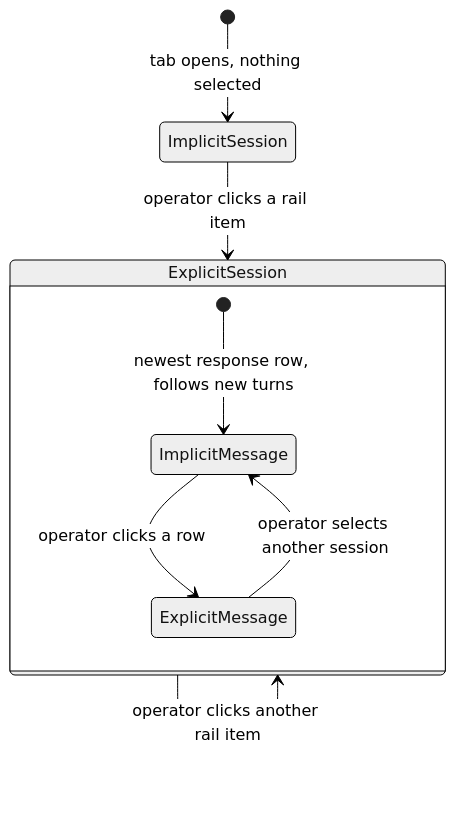
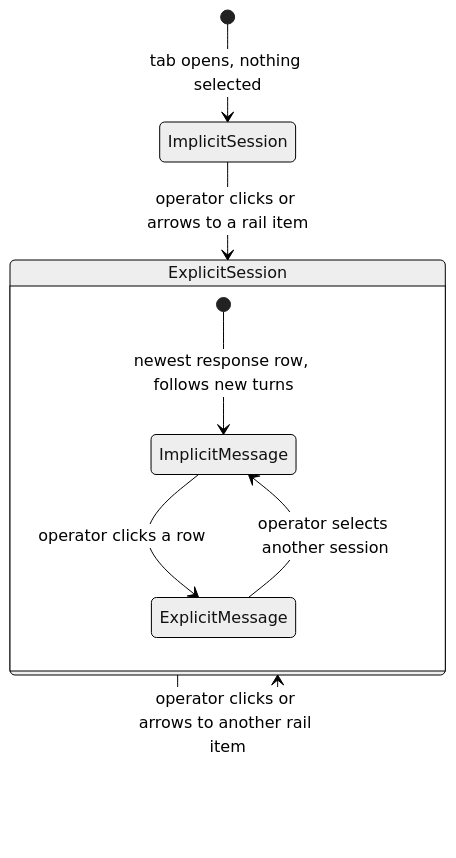
Before and after one commit to davidpizon/TotallyHot-ArcRouter: the fifth of 5 diagrams in docs/plans/issue-176-sessions-three-pane.md, drawn with Mermaid (neutral theme). The commit also changed other lines of this file, not shown here.

````diff
--- a/docs/plans/issue-176-sessions-three-pane.md
+++ b/docs/plans/issue-176-sessions-three-pane.md
@@ -567,11 +567,11 @@
 ```mermaid
 stateDiagram-v2
     [*] --> ImplicitSession: tab opens, nothing selected
-    ImplicitSession --> ExplicitSession: operator clicks a rail item
-    ExplicitSession --> ExplicitSession: operator clicks another rail item
+    ImplicitSession --> ExplicitSession: operator clicks or arrows to a rail item
+    ExplicitSession --> ExplicitSession: operator clicks or arrows to another rail item
     state ExplicitSession {
         [*] --> ImplicitMessage: newest response row, follows new turns
         ImplicitMessage --> ExplicitMessage: operator clicks a row
         ExplicitMessage --> ImplicitMessage: operator selects another session
     }
 ```
````
